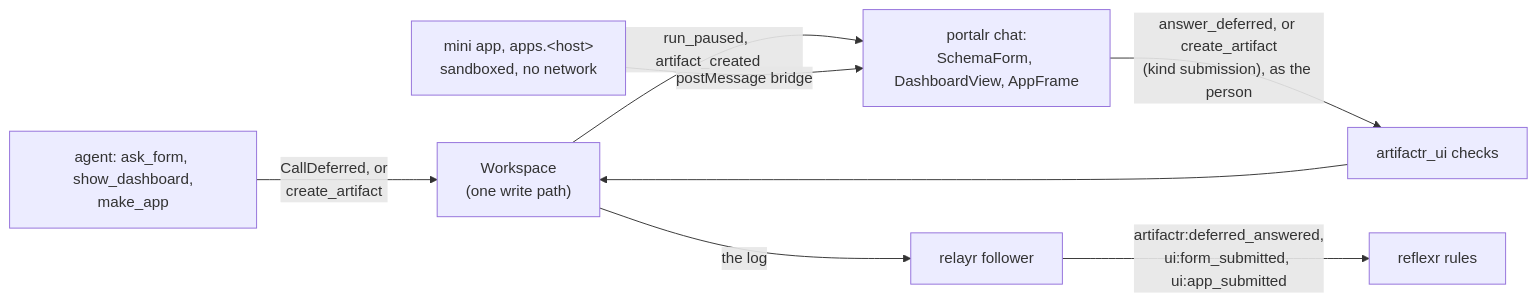
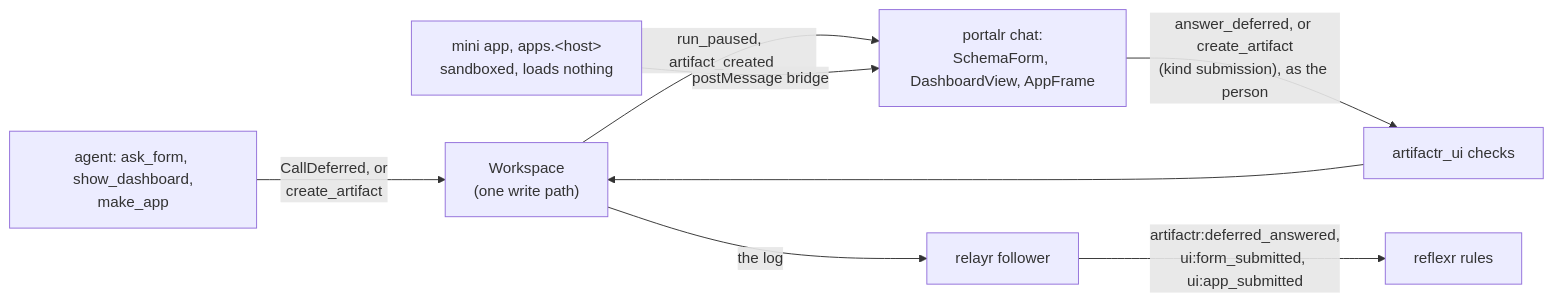
One commit to alexnodeland/lattice changed the diagram in docs/rfcs/0005-forms-dashboards-and-mini-apps.md. Above: the diagram before and after it, drawn with Mermaid. The commit also changed other lines of this file and 12 other files, not shown here.

First line of the commit message:
fix(artifactr,portalr): mini apps said to load nothing, not to reach no network; the sandbox page never writes markup into itself

````diff
--- a/docs/rfcs/0005-forms-dashboards-and-mini-apps.md
+++ b/docs/rfcs/0005-forms-dashboards-and-mini-apps.md
@@ -42,10 +42,10 @@
 ```mermaid
 graph LR
     agent["agent: ask_form, show_dashboard,<br/>make_app"] -- "CallDeferred, or<br/>create_artifact" --> ws["Workspace<br/>(one write path)"]
     ws -- "run_paused, artifact_created" --> chat["portalr chat:<br/>SchemaForm, DashboardView, AppFrame"]
     chat -- "answer_deferred, or create_artifact<br/>(kind submission), as the person" --> check["artifactr_ui checks"]
     check --> ws
-    frame["mini app, apps.&lt;host&gt;<br/>sandboxed, no network"] -- "postMessage bridge" --> chat
+    frame["mini app, apps.&lt;host&gt;<br/>sandboxed, loads nothing"] -- "postMessage bridge" --> chat
     ws -- "the log" --> relayr["relayr follower"]
     relayr -- "artifactr:deferred_answered,<br/>ui:form_submitted, ui:app_submitted" --> reflexr["reflexr rules"]
 ```
````
